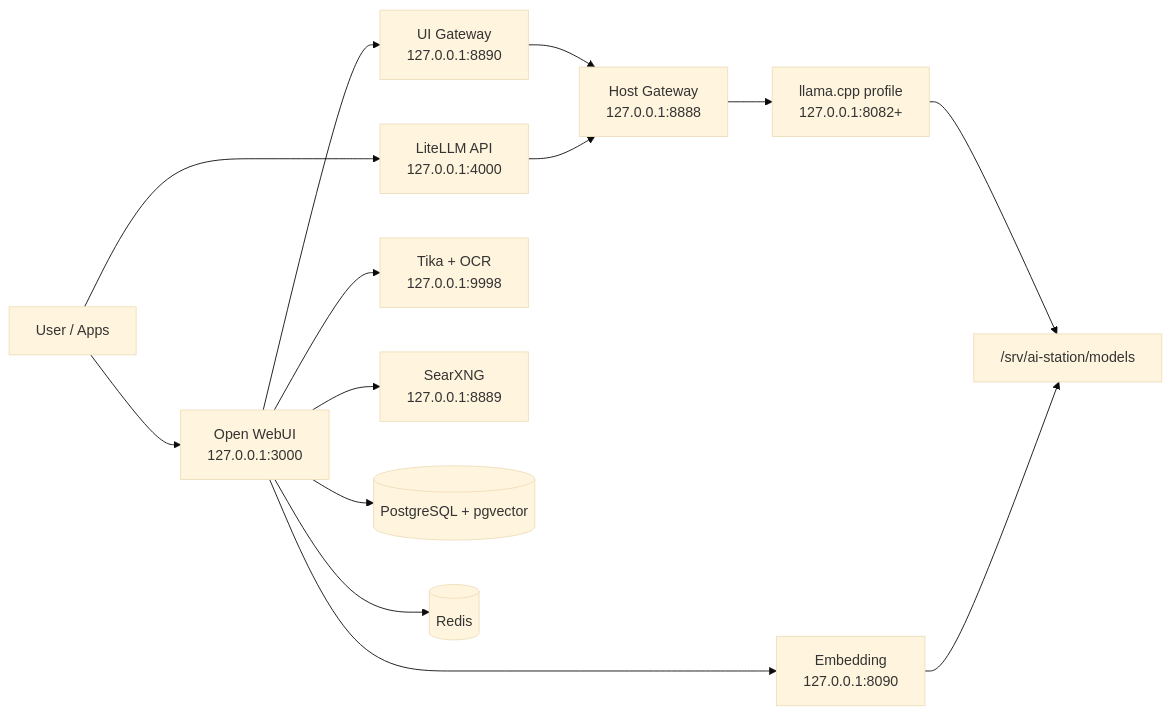
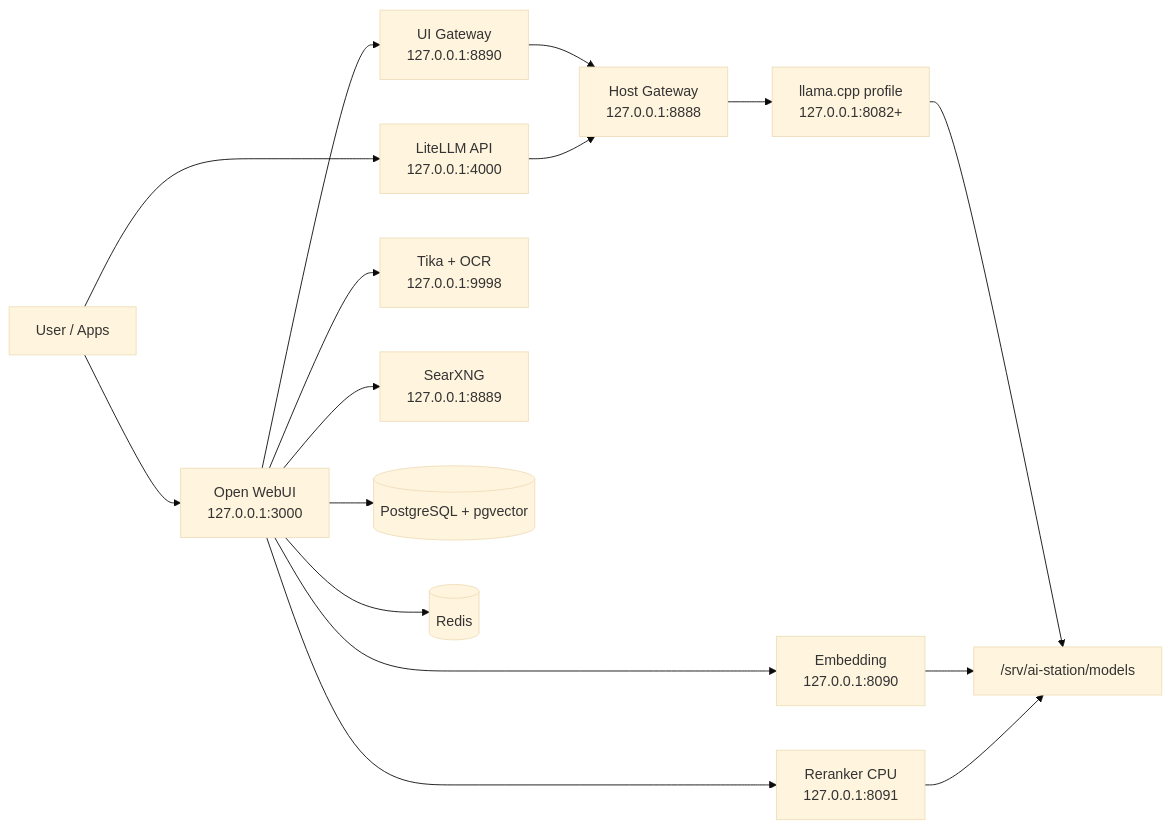
The diagram in README.md (Ramtin-Karbaschi/ai-station), drawn with Mermaid (base theme) before and after one commit. The commit also changed other lines of this file and 27 other files, not shown here.

First line of the commit message:
feat: wire Open WebUI hybrid RAG notebooks to the CPU reranker

```diff
--- a/README.md
+++ b/README.md
@@ -108,19 +108,21 @@
 ~~~mermaid
 flowchart LR
     U[User / Apps] --> W[Open WebUI<br/>127.0.0.1:3000]
     U --> API[LiteLLM API<br/>127.0.0.1:4000]
 
     W --> UI[UI Gateway<br/>127.0.0.1:8890]
     UI --> G[Host Gateway<br/>127.0.0.1:8888]
     G --> L[llama.cpp profile<br/>127.0.0.1:8082+]
     API --> G
 
     W --> E[Embedding<br/>127.0.0.1:8090]
+    W --> RR[Reranker CPU<br/>127.0.0.1:8091]
     W --> T[Tika + OCR<br/>127.0.0.1:9998]
     W --> S[SearXNG<br/>127.0.0.1:8889]
     W --> P[(PostgreSQL + pgvector)]
     W --> R[(Redis)]
 
     L --> M["/srv/ai-station/models"]
     E --> M
+    RR --> M
 ~~~
```
